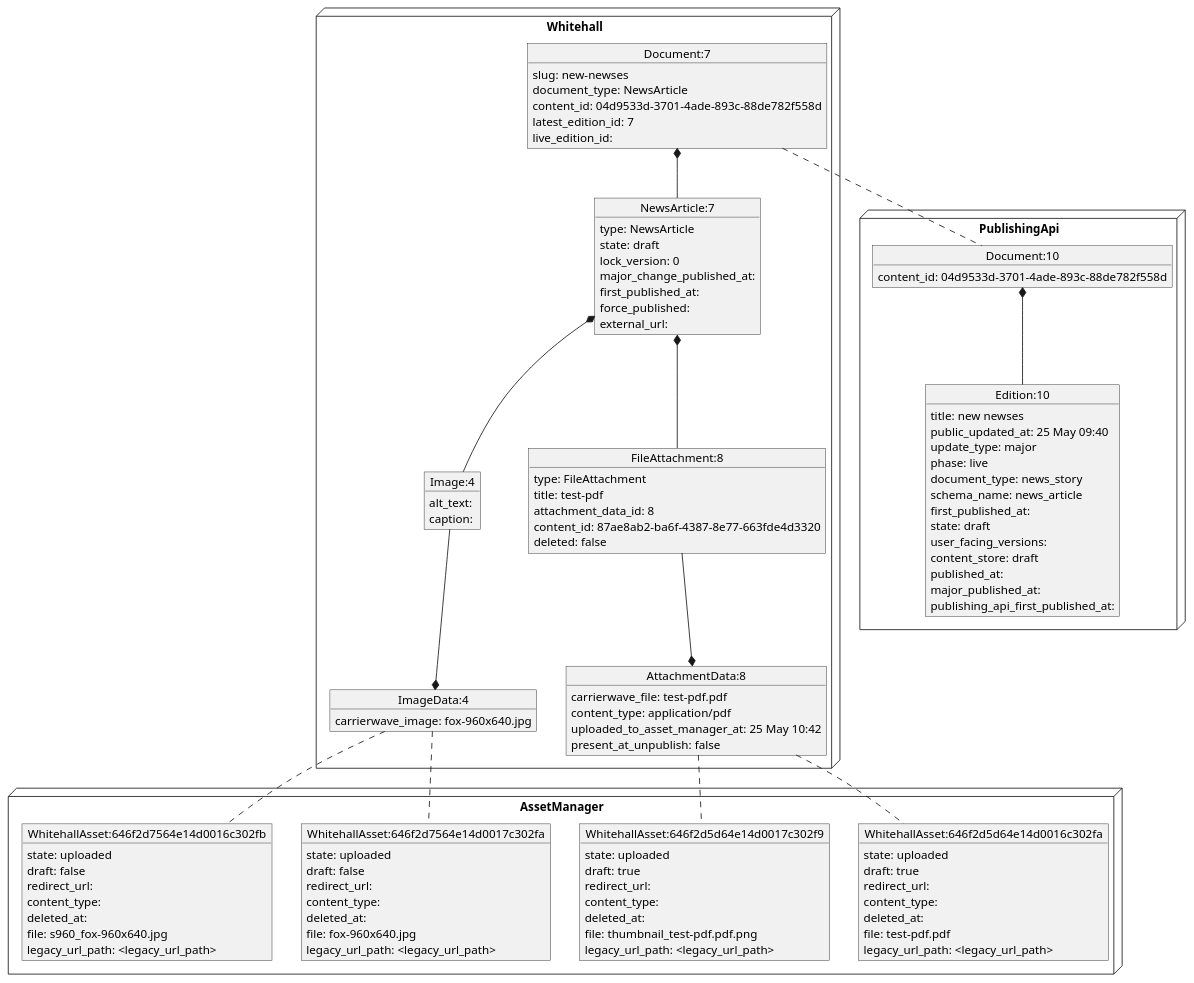
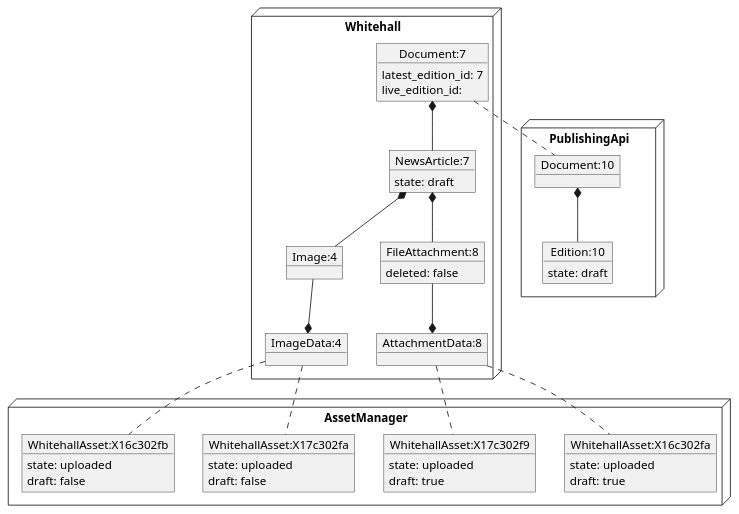
One commit to alphagov/whitehall changed the diagram in docs/diagrams/asset_management/asset_scenarios/unpublish_doc_with_attachments/1_draft.puml. Above: the diagram before and after it, drawn with PlantUML. The commit also changed 16 other files, not shown here.

Commit message:
added unpublish asset scenario docs

```diff
--- a/docs/diagrams/asset_management/asset_scenarios/unpublish_doc_with_attachments/1_draft.puml
+++ b/docs/diagrams/asset_management/asset_scenarios/unpublish_doc_with_attachments/1_draft.puml
@@ -1,117 +1,64 @@
 @startuml
 node Whitehall {
 object "Document:7" as Document_7 {
-  slug: new-newses
-  document_type: NewsArticle
-  content_id: 04d9533d-3701-4ade-893c-88de782f558d
   latest_edition_id: 7
   live_edition_id:
 }
 together {
 object "NewsArticle:7" as NewsArticle_7 {
-  type: NewsArticle
   state: draft
-  lock_version: 0
-  major_change_published_at:
-  first_published_at:
-  force_published:
-  external_url:
 }
 Document_7 *-- NewsArticle_7
 object "FileAttachment:8" as FileAttachment_8 {
-  type: FileAttachment
-  title: test-pdf
-  attachment_data_id: 8
-  content_id: 87ae8ab2-ba6f-4387-8e77-663fde4d3320
   deleted: false
 }
 NewsArticle_7 *-- FileAttachment_8
 object "Image:4" as Image_4 {
-  alt_text:
-  caption:
 }
 NewsArticle_7 *-- Image_4
 }
 object "AttachmentData:8" as AttachmentData_8 {
-  carrierwave_file: test-pdf.pdf
-  content_type: application/pdf
-  uploaded_to_asset_manager_at: 25 May 10:42
-  present_at_unpublish: false
 }
 AttachmentData_8 *-u- FileAttachment_8
 object "ImageData:4" as ImageData_4 {
-  carrierwave_image: fox-960x640.jpg
 }
 ImageData_4 *-u- Image_4
 }
 
 
 node PublishingApi {
 object "Document:10" as pubapi_Document_10 {
-  content_id: 04d9533d-3701-4ade-893c-88de782f558d
 }
 object "Edition:10" as pubapi_Edition_10 {
-  title: new newses
-  public_updated_at: 25 May 09:40
-  update_type: major
-  phase: live
-  document_type: news_story
-  schema_name: news_article
-  first_published_at:
   state: draft
-  user_facing_versions:
-  content_store: draft
-  published_at:
-  major_published_at:
-  publishing_api_first_published_at:
 }
 pubapi_Document_10 *-- pubapi_Edition_10
 }
 
 node AssetManager {
-object "WhitehallAsset:646f2d5d64e14d0016c302fa" as am_WhitehallAsset_646f2d5d64e14d0016c302fa {
+object "WhitehallAsset:X16c302fa" as am_WhitehallAsset_X16c302fa {
   state: uploaded
   draft: true
-  redirect_url:
-  content_type:
-  deleted_at:
-  file: test-pdf.pdf
-  legacy_url_path: <legacy_url_path>
 }
-object "WhitehallAsset:646f2d5d64e14d0017c302f9" as am_WhitehallAsset_646f2d5d64e14d0017c302f9 {
+object "WhitehallAsset:X17c302f9" as am_WhitehallAsset_X17c302f9 {
   state: uploaded
   draft: true
-  redirect_url:
-  content_type:
-  deleted_at:
-  file: thumbnail_test-pdf.pdf.png
-  legacy_url_path: <legacy_url_path>
 }
 
-object "WhitehallAsset:646f2d7564e14d0017c302fa" as am_WhitehallAsset_646f2d7564e14d0017c302fa {
+object "WhitehallAsset:X17c302fa" as am_WhitehallAsset_X17c302fa {
   state: uploaded
   draft: false
-  redirect_url:
-  content_type:
-  deleted_at:
-  file: fox-960x640.jpg
-  legacy_url_path: <legacy_url_path>
 }
-object "WhitehallAsset:646f2d7564e14d0016c302fb" as am_WhitehallAsset_646f2d7564e14d0016c302fb {
+object "WhitehallAsset:X16c302fb" as am_WhitehallAsset_X16c302fb {
   state: uploaded
   draft: false
-  redirect_url:
-  content_type:
-  deleted_at:
-  file: s960_fox-960x640.jpg
-  legacy_url_path: <legacy_url_path>
 }
 }
 
 
 Document_7 .. pubapi_Document_10
-ImageData_4 .. am_WhitehallAsset_646f2d7564e14d0017c302fa
-ImageData_4 .. am_WhitehallAsset_646f2d7564e14d0016c302fb
-AttachmentData_8 .. am_WhitehallAsset_646f2d5d64e14d0016c302fa
-AttachmentData_8 .. am_WhitehallAsset_646f2d5d64e14d0017c302f9
+ImageData_4 .. am_WhitehallAsset_X17c302fa
+ImageData_4 .. am_WhitehallAsset_X16c302fb
+AttachmentData_8 .. am_WhitehallAsset_X16c302fa
+AttachmentData_8 .. am_WhitehallAsset_X17c302f9
 @enduml
```
